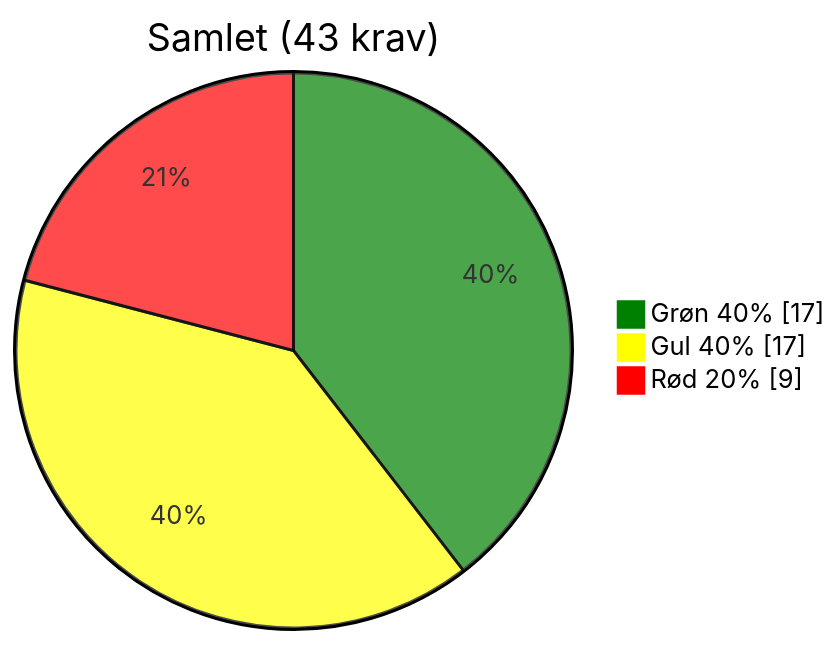
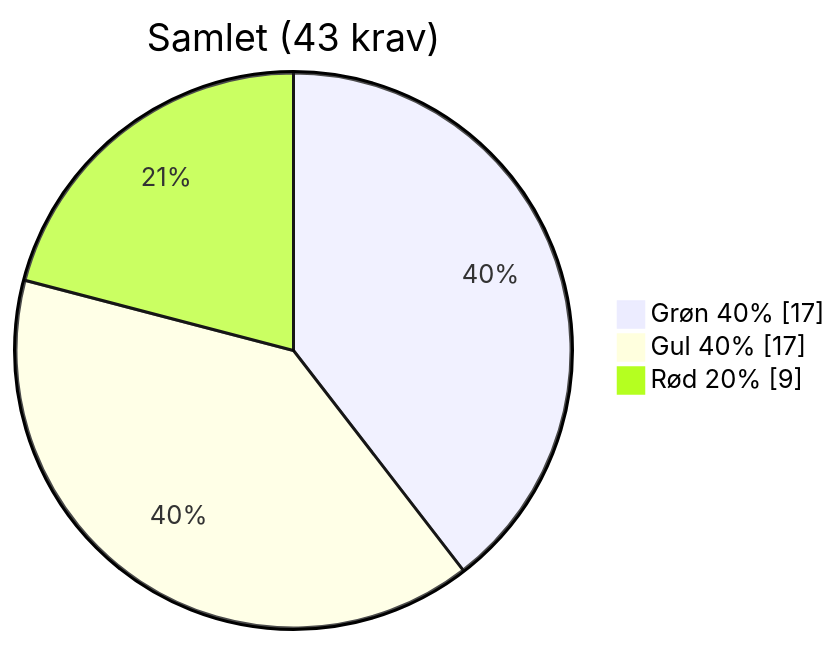
One commit to OS2offdig/os2-product-audits changed the fifth of 5 diagrams in 2025-09-audits/os2-skadesøkonomi_assessment_2025-09-01.md. Above: the diagram before and after it, drawn with Mermaid. The commit also changed other lines of this file, not shown here.

Commit message:
Just checking if any better

````diff
--- a/2025-09-audits/os2-skadesøkonomi_assessment_2025-09-01.md
+++ b/2025-09-audits/os2-skadesøkonomi_assessment_2025-09-01.md
@@ -166,10 +166,10 @@
 ```mermaid
-  %%{init: {"themeVariables": {
-  "pie1": "#008000", "pie2": "#FFFF00", "pie3": "#FF0000"
+%%{init: {"themeVariables": {
+  "pie": ["#008000", "#FFFF00", "#FF0000"]
 }}}%%
 pie showData
   title Samlet (43 krav)
   "Grøn 40%" : 17
   "Gul 40%"  : 17
   "Rød 20%"  : 9
 ```
````
